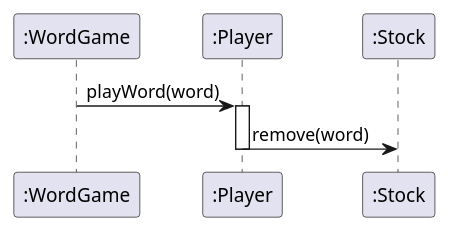
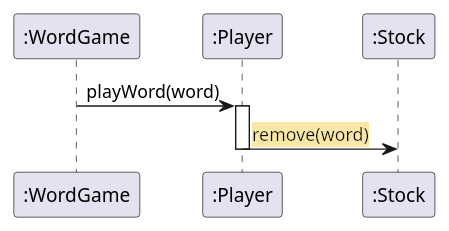
Before and after one commit to HAN-Craftsmanship-KL-JJG/oose-study: the eighth of 23 diagrams in app/check-design/_sections/common-mistakes-before-and-after.mdx, drawn with PlantUML. The commit also changed other lines of this file and 37 other files, not shown here.

````diff
--- a/app/check-design/_sections/common-mistakes-before-and-after.mdx
+++ b/app/check-design/_sections/common-mistakes-before-and-after.mdx
@@ -100,9 +100,9 @@
 ```plantuml
     participant ":WordGame" as G
     participant ":Player" as HS
     participant ":Stock" as V
     G -> HS : playWord(word)
     activate HS
-    HS -> V : remove(word)
+    HS -> V : <back:#F9E7A8>remove(word)</back>
     deactivate HS
 ```
````
